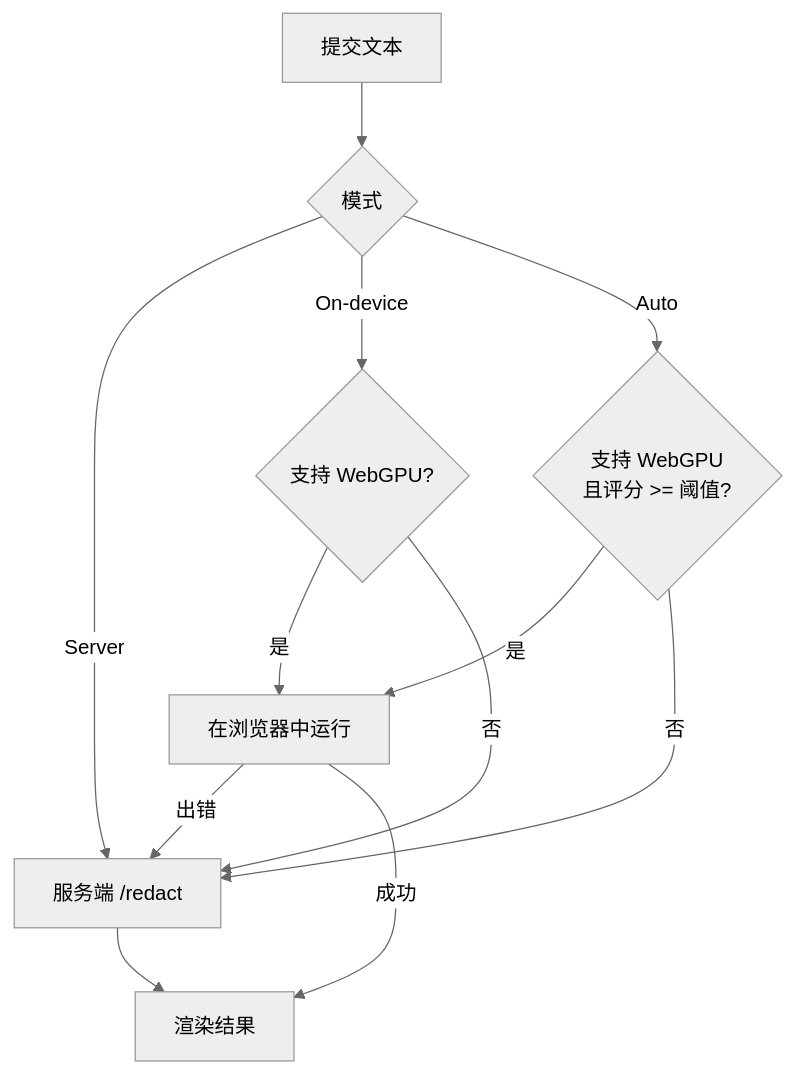
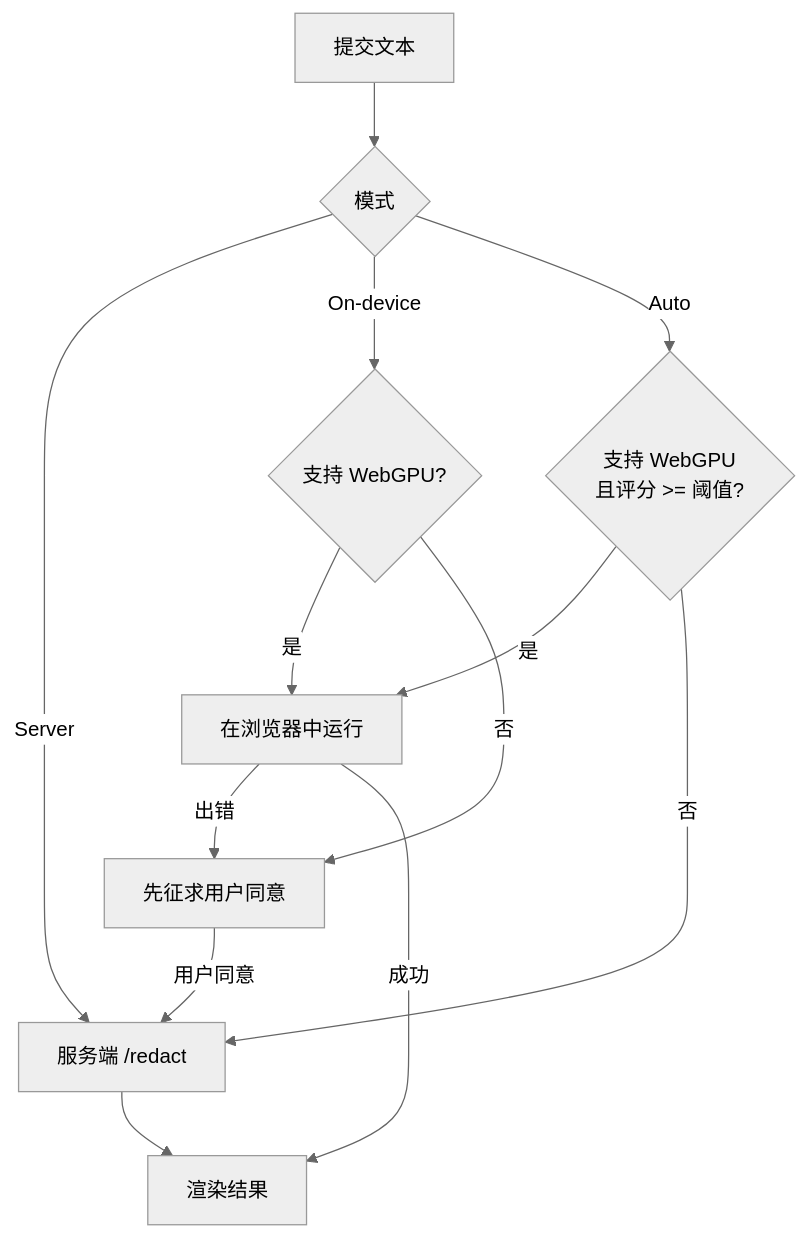
The diagram in README.zh-CN.md (leokwsw/openai-privacy-filter), drawn with Mermaid (neutral theme) before and after one commit. The commit also changed other lines of this file and 4 other files, not shown here.

````diff
--- a/README.zh-CN.md
+++ b/README.zh-CN.md
@@ -96,14 +100,15 @@
 ```mermaid
 flowchart TD
     A[提交文本] --> B{模式}
     B -->|Server| S[服务端 /redact]
     B -->|On-device| C{支持 WebGPU?}
     B -->|Auto| D{支持 WebGPU<br/>且评分 >= 阈值?}
     C -->|是| E[在浏览器中运行]
-    C -->|否| S
+    C -->|否| K[先征求用户同意]
     D -->|是| E
     D -->|否| S
-    E -->|出错| S
+    E -->|出错| K
     E -->|成功| R[渲染结果]
+    K -->|用户同意| S
     S --> R
 ```
````
